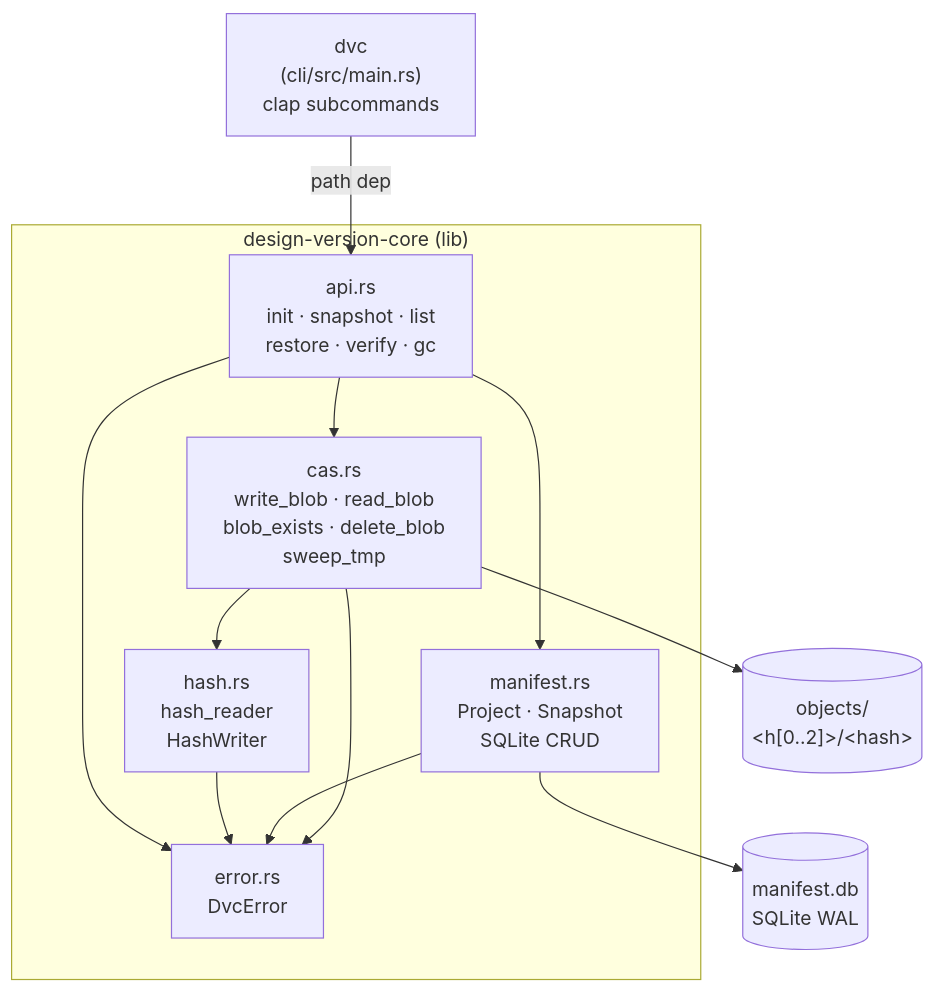
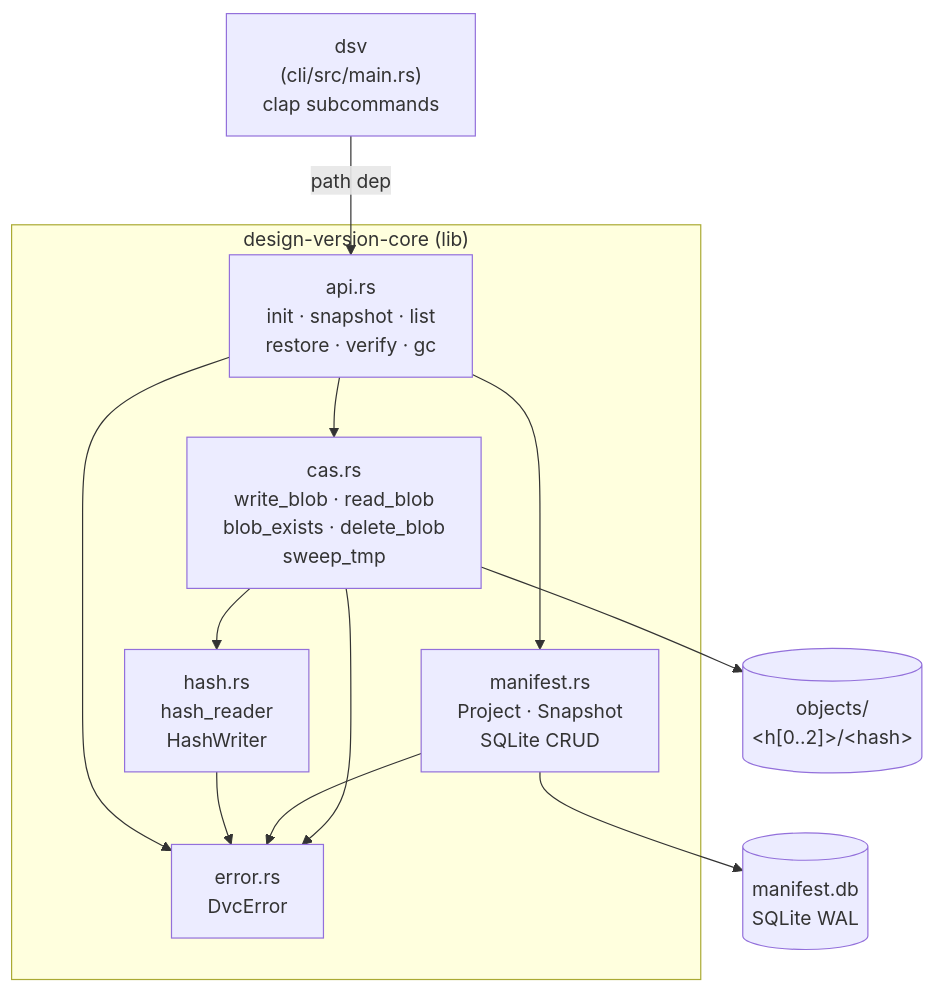
The diagram in UML.md (g23polar/design-version-client), drawn with Mermaid before and after one commit. The commit also changed other lines of this file and 9 other files, not shown here.

Commit message:
chore: rename binary dvc → dsv, remove CONTEXT.md and plan.md from repo

````diff
--- a/UML.md
+++ b/UML.md
@@ -21,26 +21,26 @@
 ```mermaid
 flowchart TD
-    CLI["dvc\n(cli/src/main.rs)\nclap subcommands"]
+    CLI["dsv\n(cli/src/main.rs)\nclap subcommands"]
 
     subgraph core["design-version-core (lib)"]
         API["api.rs\ninit · snapshot · list\nrestore · verify · gc"]
         CAS["cas.rs\nwrite_blob · read_blob\nblob_exists · delete_blob\nsweep_tmp"]
         HASH["hash.rs\nhash_reader\nHashWriter"]
         MANIFEST["manifest.rs\nProject · Snapshot\nSQLite CRUD"]
         ERROR["error.rs\nDvcError"]
     end
 
     STORE[("objects/\n&lt;h[0..2]&gt;/&lt;hash&gt;")]
     DB[("manifest.db\nSQLite WAL")]
 
     CLI -->|path dep| API
     API --> CAS
     API --> MANIFEST
     CAS --> HASH
     CAS --> STORE
     MANIFEST --> DB
     CAS --> ERROR
     MANIFEST --> ERROR
     HASH --> ERROR
     API --> ERROR
 ```
````
